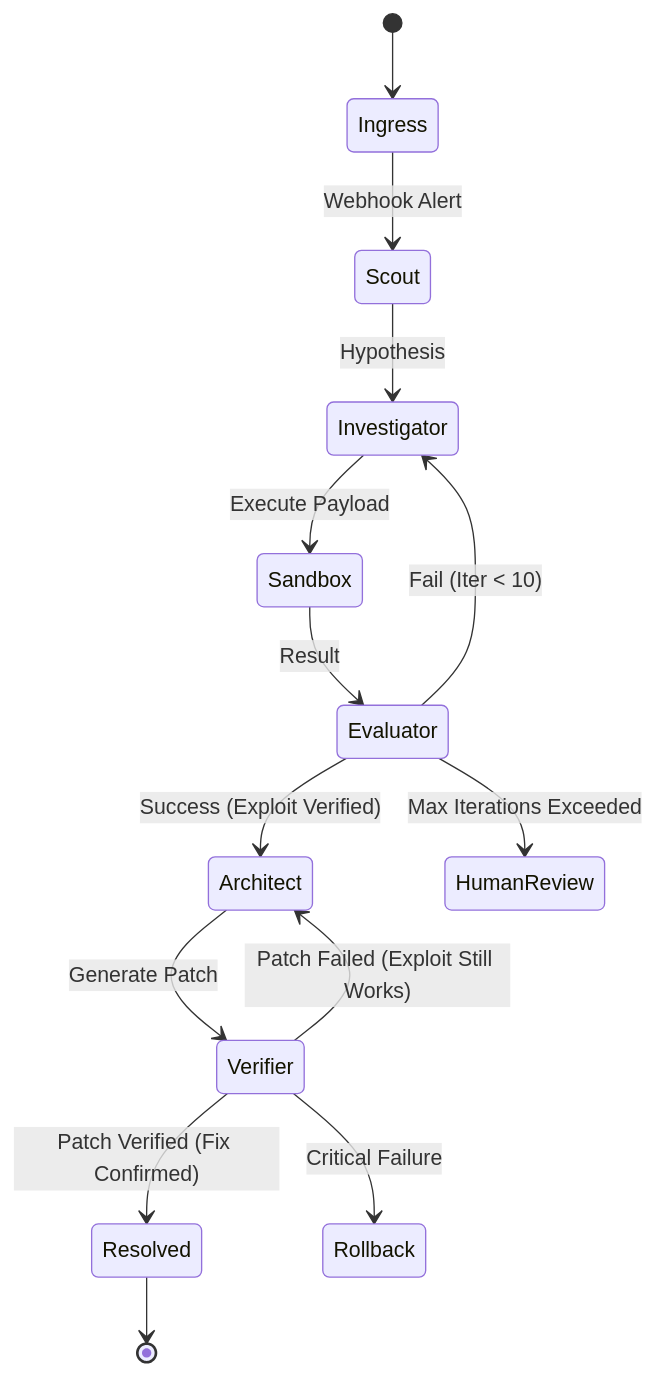
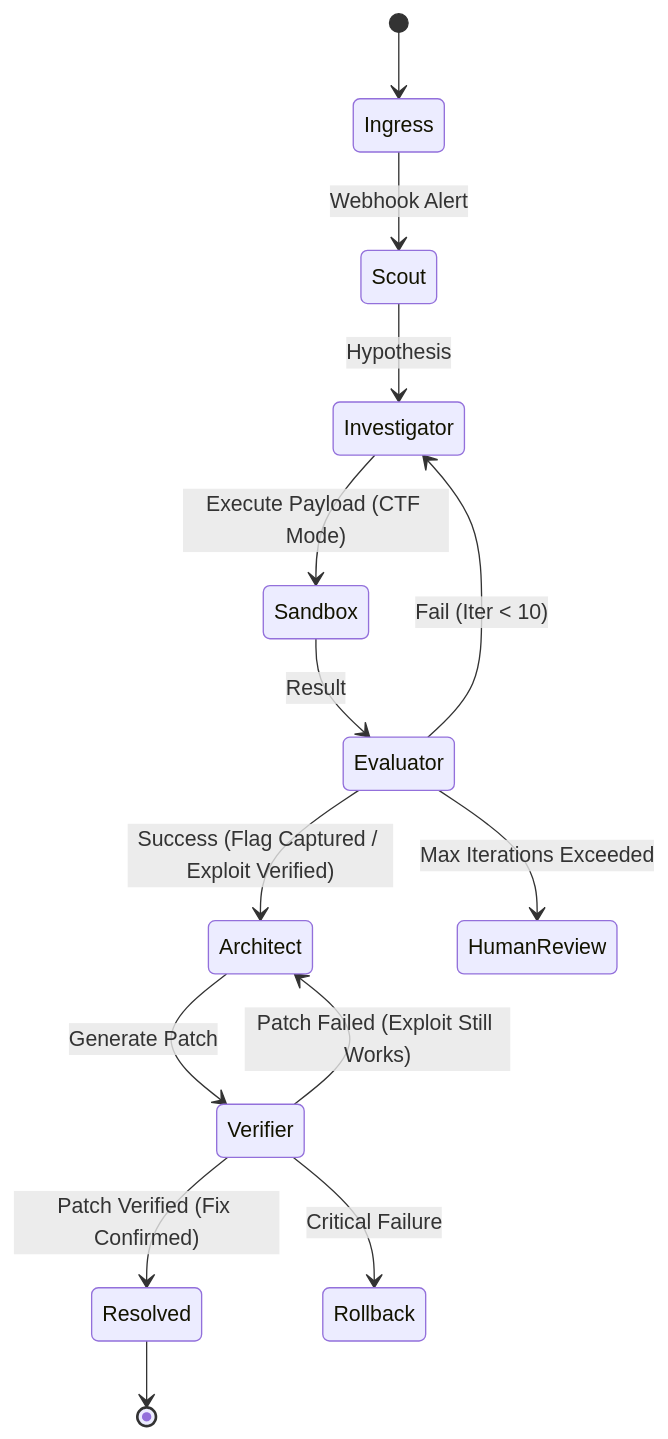
The diagram in Project_Chimera_Architecture.md (mathuryashash/ascent-hackathon), drawn with Mermaid before and after one commit. The commit also changed other lines of this file and 18 other files, not shown here.

Commit message:
feat: finalize Chimera architecture with CTF mode and Groq/Gemini strategy

````diff
--- a/Project_Chimera_Architecture.md
+++ b/Project_Chimera_Architecture.md
@@ -15,16 +15,16 @@
 ```mermaid
 stateDiagram-v2
     [*] --> Ingress
     Ingress --> Scout: Webhook Alert
     Scout --> Investigator: Hypothesis
-    Investigator --> Sandbox: Execute Payload
+    Investigator --> Sandbox: Execute Payload (CTF Mode)
     Sandbox --> Evaluator: Result
     Evaluator --> Investigator: Fail (Iter < 10)
-    Evaluator --> Architect: Success (Exploit Verified)
+    Evaluator --> Architect: Success (Flag Captured / Exploit Verified)
     Evaluator --> HumanReview: Max Iterations Exceeded
     Architect --> Verifier: Generate Patch
     Verifier --> Resolved: Patch Verified (Fix Confirmed)
     Verifier --> Architect: Patch Failed (Exploit Still Works)
     Verifier --> Rollback: Critical Failure
     Resolved --> [*]
 ```
````
